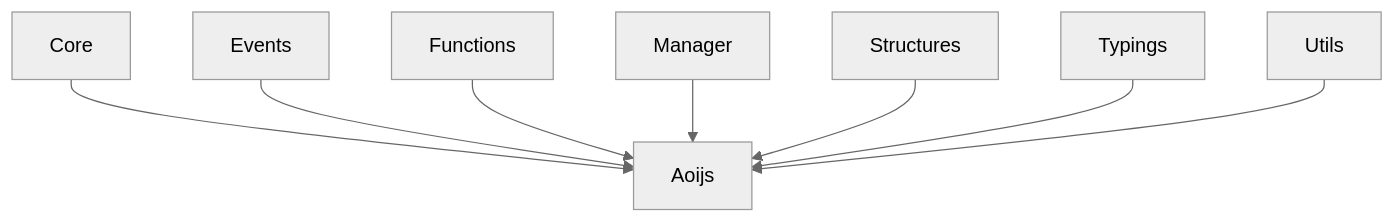
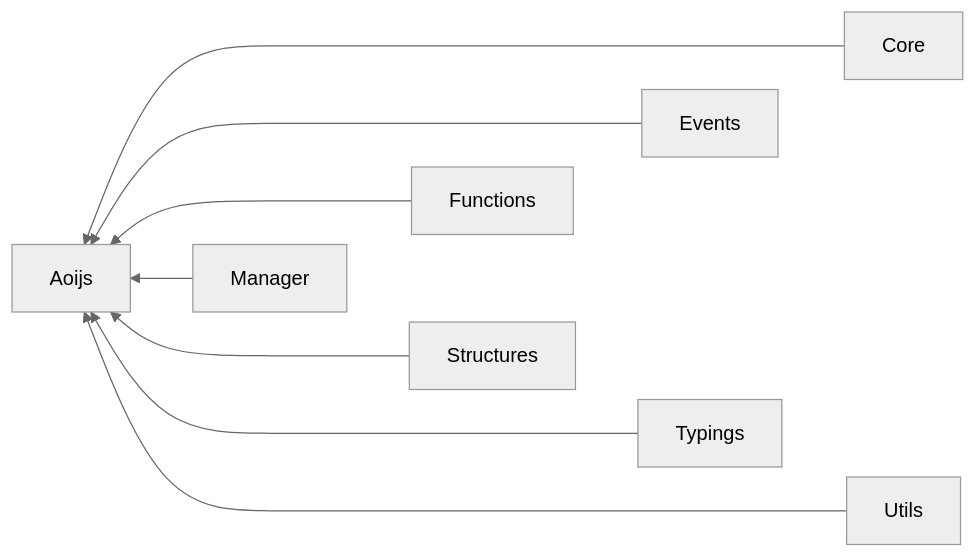
One commit to aoijs/aoi.js changed the diagram in src/README.md. Above: the diagram before and after it, drawn with Mermaid (neutral theme).

````diff
--- a/src/README.md
+++ b/src/README.md
@@ -7,10 +7,10 @@
 ```mermaid
-graph TD;
-  Core --> Aoijs
-  Events --> Aoijs
-  Functions --> Aoijs
+graph RL;
+  Core -----> Aoijs
+  Events ----> Aoijs
+  Functions ---> Aoijs
   Manager --> Aoijs
-  Structures --> Aoijs
-  Typings --> Aoijs
-  Utils --> Aoijs
+  Structures ---> Aoijs
+  Typings ----> Aoijs
+  Utils -----> Aoijs
 ```
````
